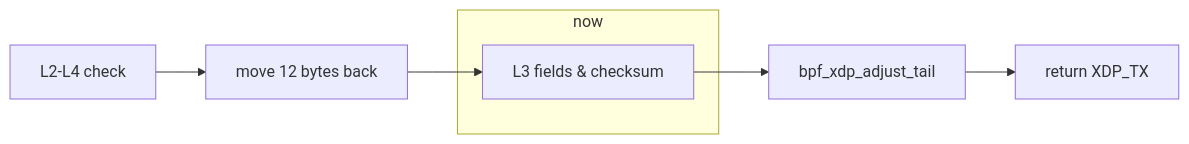
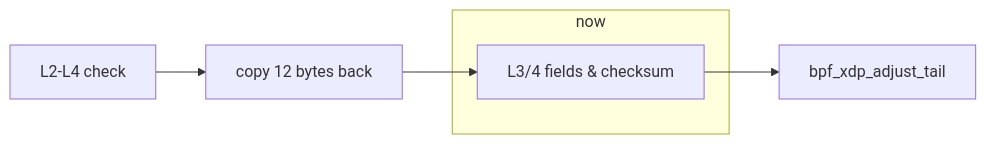
Before and after one commit to myl7/xdptun: the ninth of 11 diagrams in docs/thesis/pre/slides.md, drawn with Mermaid. The commit also changed other lines of this file and 1 other file, not shown here.

Commit message:
Update process and enhance check in ingress

````diff
--- a/docs/thesis/pre/slides.md
+++ b/docs/thesis/pre/slides.md
@@ -371,7 +390,7 @@
 ```mermaid
 flowchart LR
-  S1[L2-L4 check] --> S2[move 12 bytes back] --> S3[L3 fields & checksum] --> S4[bpf_xdp_adjust_tail] --> S5[return XDP_TX]
+  S1[L2-L4 check] --> S2[copy 12 bytes back] --> S3[L3/4 fields & checksum] --> S4[bpf_xdp_adjust_tail]
   subgraph now
     S3
   end
 ```
````
